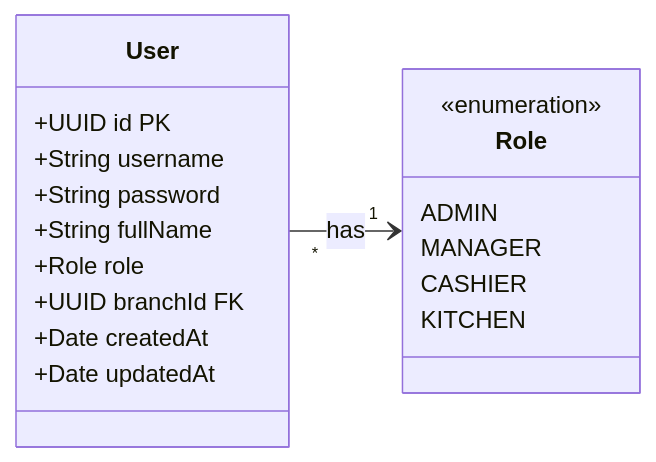
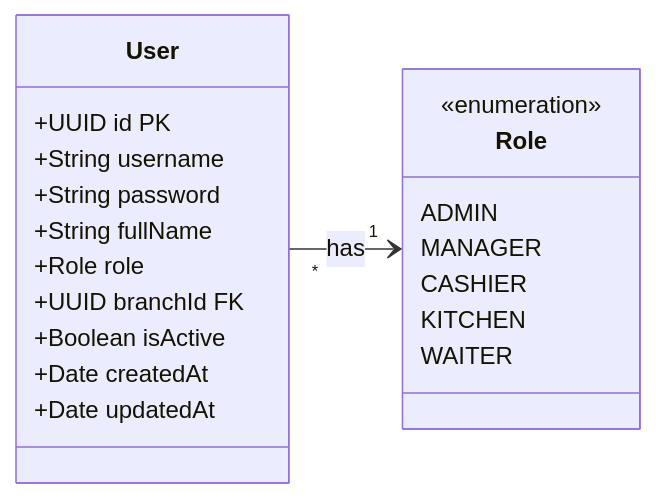
Before and after one commit to pnwang1704/KLTN_N70: the second of 5 diagrams in docs/CLASS_DIAGRAMS.md, drawn with Mermaid. The commit also changed other lines of this file and 4 other files, not shown here.

Commit message:
docs: synchronize all technical documentation with latest architectural and business updates

````diff
--- a/docs/CLASS_DIAGRAMS.md
+++ b/docs/CLASS_DIAGRAMS.md
@@ -41,25 +41,27 @@
 ```mermaid
 classDiagram
     direction LR
 
     class User {
         +UUID id PK
         +String username
         +String password
         +String fullName
         +Role role
         +UUID branchId FK
+        +Boolean isActive
         +Date createdAt
         +Date updatedAt
     }
 
     class Role {
         <<enumeration>>
         ADMIN
         MANAGER
         CASHIER
         KITCHEN
+        WAITER
     }
 
     User "*" --> "1" Role : has
 ```
````
